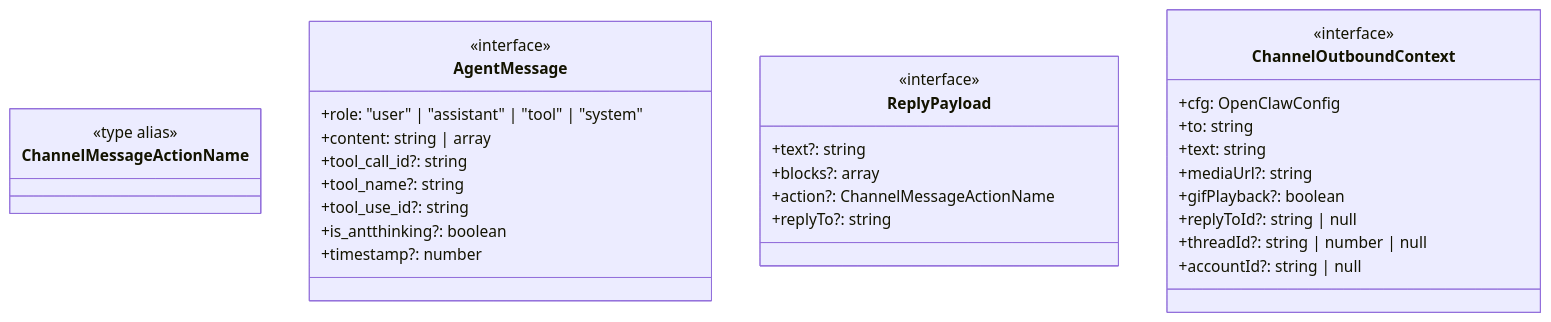
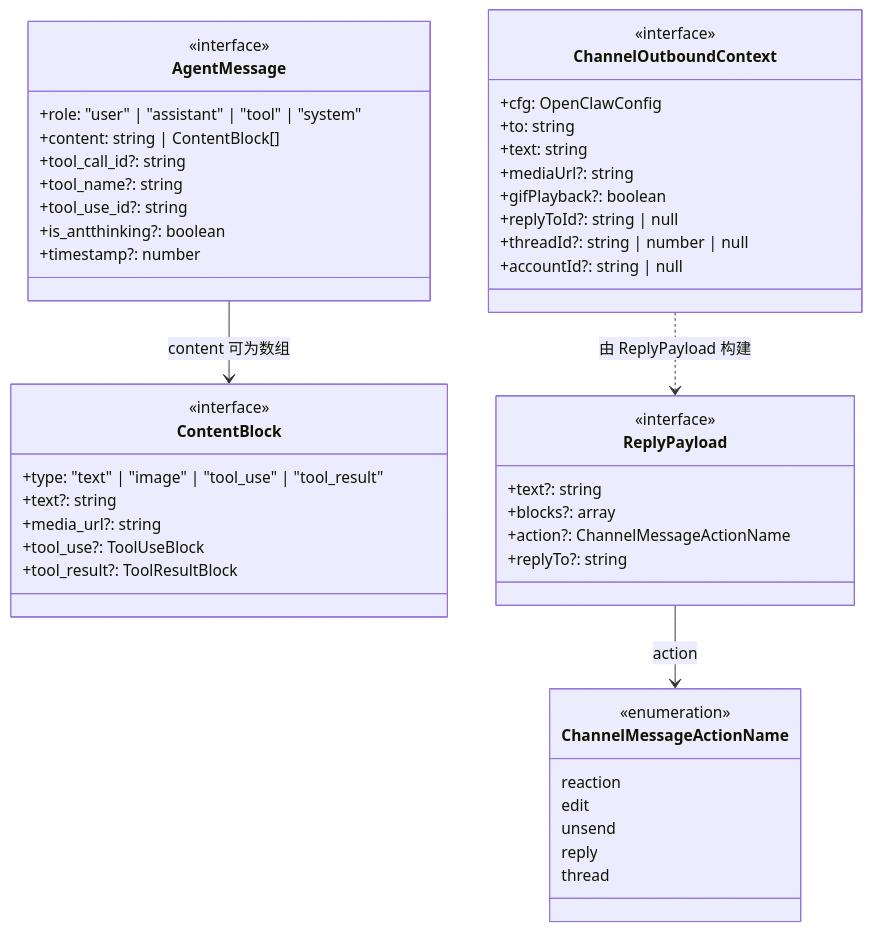
Before and after one commit to caicongyang/bloger: the first of 26 diagrams in openclaw/DATA_STRUCTURES.md, drawn with Mermaid. The commit also changed other lines of this file and 13 other files, not shown here.

````diff
--- a/openclaw/DATA_STRUCTURES.md
+++ b/openclaw/DATA_STRUCTURES.md
@@ -15,37 +34,55 @@
 ```mermaid
 classDiagram
-    class ChannelMessageActionName {
-        <<type alias>>
-    }
-    
     class AgentMessage {
         <<interface>>
         +role: "user" | "assistant" | "tool" | "system"
-        +content: string | array
+        +content: string | ContentBlock[]
         +tool_call_id?: string
         +tool_name?: string
         +tool_use_id?: string
         +is_antthinking?: boolean
         +timestamp?: number
     }
-    
+
+    class ContentBlock {
+        <<interface>>
+        +type: "text" | "image" | "tool_use" | "tool_result"
+        +text?: string
+        +media_url?: string
+        +tool_use?: ToolUseBlock
+        +tool_result?: ToolResultBlock
+    }
+
     class ReplyPayload {
         <<interface>>
         +text?: string
         +blocks?: array
         +action?: ChannelMessageActionName
         +replyTo?: string
     }
-    
+
     class ChannelOutboundContext {
         <<interface>>
         +cfg: OpenClawConfig
         +to: string
         +text: string
         +mediaUrl?: string
         +gifPlayback?: boolean
         +replyToId?: string | null
         +threadId?: string | number | null
         +accountId?: string | null
     }
+
+    class ChannelMessageActionName {
+        <<enumeration>>
+        reaction
+        edit
+        unsend
+        reply
+        thread
+    }
+
+    AgentMessage --> ContentBlock : content 可为数组
+    ReplyPayload --> ChannelMessageActionName : action
+    ChannelOutboundContext ..> ReplyPayload : 由 ReplyPayload 构建
 ```
````
